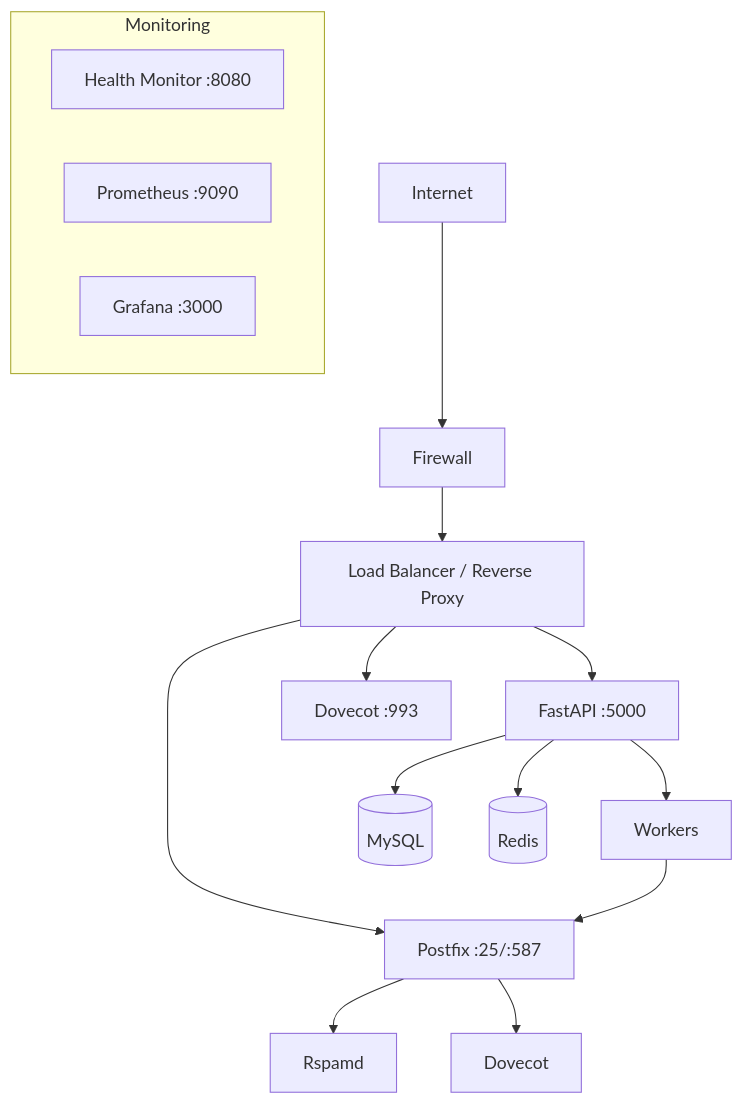
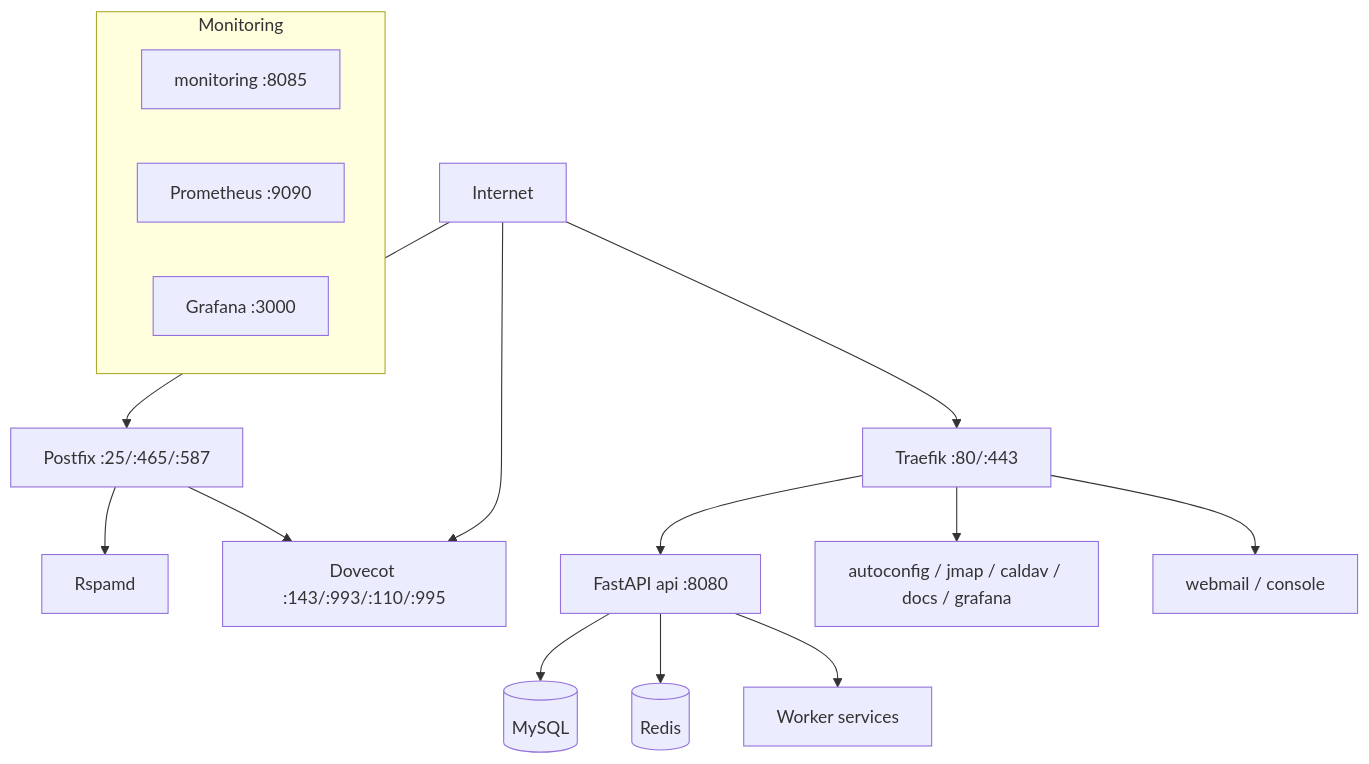
Before and after one commit to Techies-Africa/mailyte-mail-server-community: the diagram in docs/deployment/index.md, drawn with Mermaid. The commit also changed other lines of this file and 481 other files, not shown here.

````diff
--- a/docs/deployment/index.md
+++ b/docs/deployment/index.md
@@ -39,21 +35,21 @@
 ```mermaid
 graph TB
-    Internet[Internet] --> FW[Firewall]
-    FW --> LB[Load Balancer / Reverse Proxy]
-    LB --> SMTP[Postfix :25/:587]
-    LB --> IMAP[Dovecot :993]
-    LB --> API[FastAPI :5000]
+    Internet[Internet] --> SMTP[Postfix :25/:465/:587]
+    Internet --> IMAP[Dovecot :143/:993/:110/:995]
+    Internet --> TR[Traefik :80/:443]
+    TR --> API[FastAPI api :8080]
+    TR --> AC[autoconfig / jmap / caldav / docs / grafana]
+    TR --> WM[webmail / console]
 
     SMTP --> RS[Rspamd]
-    SMTP --> DV[Dovecot]
+    SMTP --> IMAP
     API --> DB[(MySQL)]
     API --> RD[(Redis)]
-    API --> WK[Workers]
-    WK --> SMTP
+    API --> WK[Worker services]
 
     subgraph Monitoring
-        HM[Health Monitor :8080]
+        MO[monitoring :8085]
         PR[Prometheus :9090]
         GR[Grafana :3000]
     end
 ```
````
